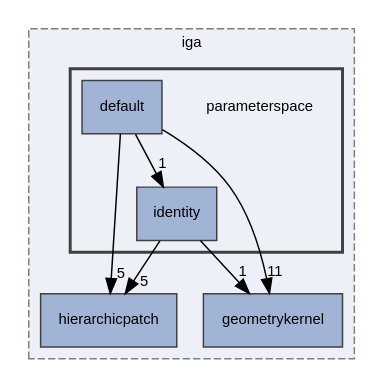
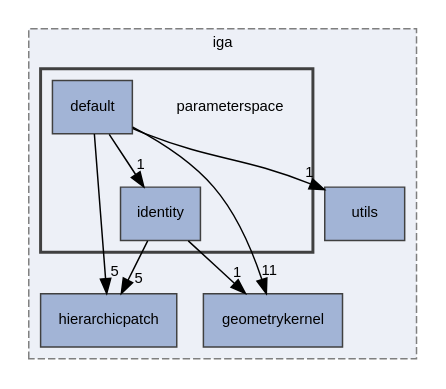
The diagram in dir_13898c8d649d3f4053b811aa4a00f800_dep.dot (rath3t/dune-iga-doc), drawn with Graphviz before and after one commit. The commit also changed 1449 other files, not shown here.

```diff
--- a/dir_13898c8d649d3f4053b811aa4a00f800_dep.dot
+++ b/dir_13898c8d649d3f4053b811aa4a00f800_dep.dot
@@ -1,23 +1,25 @@
 digraph "parameterspace"
 {
  // LATEX_PDF_SIZE
   edge [fontname="Helvetica",fontsize="10",labelfontname="Helvetica",labelfontsize="10"];
   node [fontname="Helvetica",fontsize="10",shape=record];
   compound=true
   subgraph clusterdir_d2a3c23294a1b1015b1b8e8721ddded8 {
     graph [ bgcolor="#edf0f7", pencolor="grey50", style="filled,dashed,", label="iga", fontname="Helvetica", fontsize="10", URL="dir_d2a3c23294a1b1015b1b8e8721ddded8.html"]
   dir_12fc9e68aad46ae2d80ba50ef1c96d76 [shape=box, label="hierarchicpatch", style="filled,", fillcolor="#a2b4d6", color="grey25", URL="dir_12fc9e68aad46ae2d80ba50ef1c96d76.html"];
   dir_98571e7345f7327fea7723ec1a12d870 [shape=box, label="geometrykernel", style="filled,", fillcolor="#a2b4d6", color="grey25", URL="dir_98571e7345f7327fea7723ec1a12d870.html"];
+  dir_054fedf05f142c88b967e78541d2ed3d [shape=box, label="utils", style="filled,", fillcolor="#a2b4d6", color="grey25", URL="dir_054fedf05f142c88b967e78541d2ed3d.html"];
   subgraph clusterdir_13898c8d649d3f4053b811aa4a00f800 {
     graph [ bgcolor="#edf0f7", pencolor="grey25", style="filled,bold,", label="", fontname="Helvetica", fontsize="10", URL="dir_13898c8d649d3f4053b811aa4a00f800.html"]
     dir_13898c8d649d3f4053b811aa4a00f800 [shape=plaintext, label="parameterspace"];
   dir_f5de9a83ba433885a90732f39b87e823 [shape=box, label="default", style="filled,", fillcolor="#a2b4d6", color="grey25", URL="dir_f5de9a83ba433885a90732f39b87e823.html"];
   dir_4f9a3fa99cd0e0423c5099ae82deb76f [shape=box, label="identity", style="filled,", fillcolor="#a2b4d6", color="grey25", URL="dir_4f9a3fa99cd0e0423c5099ae82deb76f.html"];
   }
   }
   dir_f5de9a83ba433885a90732f39b87e823->dir_12fc9e68aad46ae2d80ba50ef1c96d76 [headlabel="5", labeldistance=1.5 headhref="dir_000001_000007.html"];
   dir_f5de9a83ba433885a90732f39b87e823->dir_4f9a3fa99cd0e0423c5099ae82deb76f [headlabel="1", labeldistance=1.5 headhref="dir_000001_000008.html"];
   dir_f5de9a83ba433885a90732f39b87e823->dir_98571e7345f7327fea7723ec1a12d870 [headlabel="11", labeldistance=1.5 headhref="dir_000001_000006.html"];
+  dir_f5de9a83ba433885a90732f39b87e823->dir_054fedf05f142c88b967e78541d2ed3d [headlabel="1", labeldistance=1.5 headhref="dir_000001_000019.html"];
   dir_4f9a3fa99cd0e0423c5099ae82deb76f->dir_12fc9e68aad46ae2d80ba50ef1c96d76 [headlabel="5", labeldistance=1.5 headhref="dir_000008_000007.html"];
   dir_4f9a3fa99cd0e0423c5099ae82deb76f->dir_98571e7345f7327fea7723ec1a12d870 [headlabel="1", labeldistance=1.5 headhref="dir_000008_000006.html"];
 }
```
